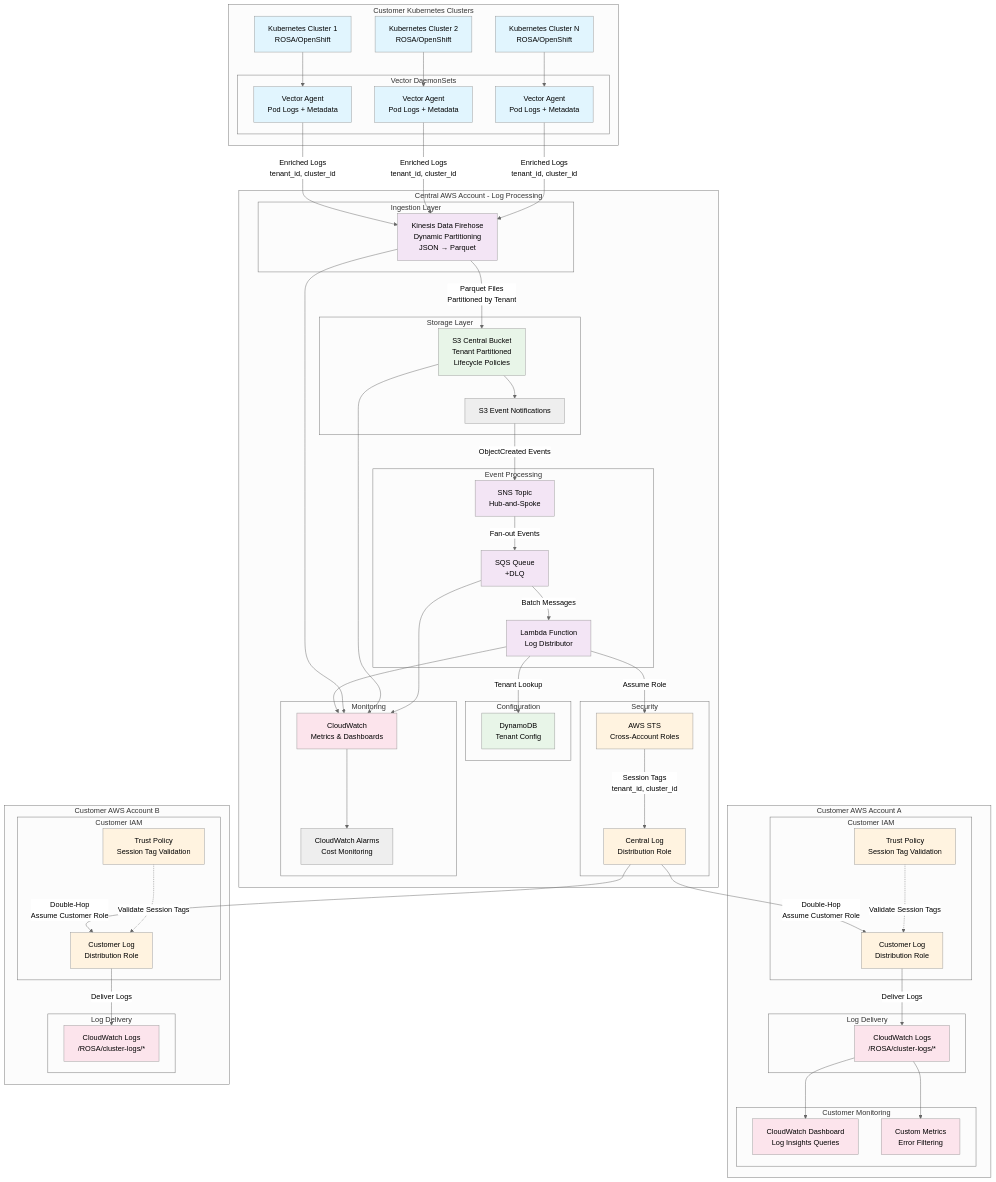
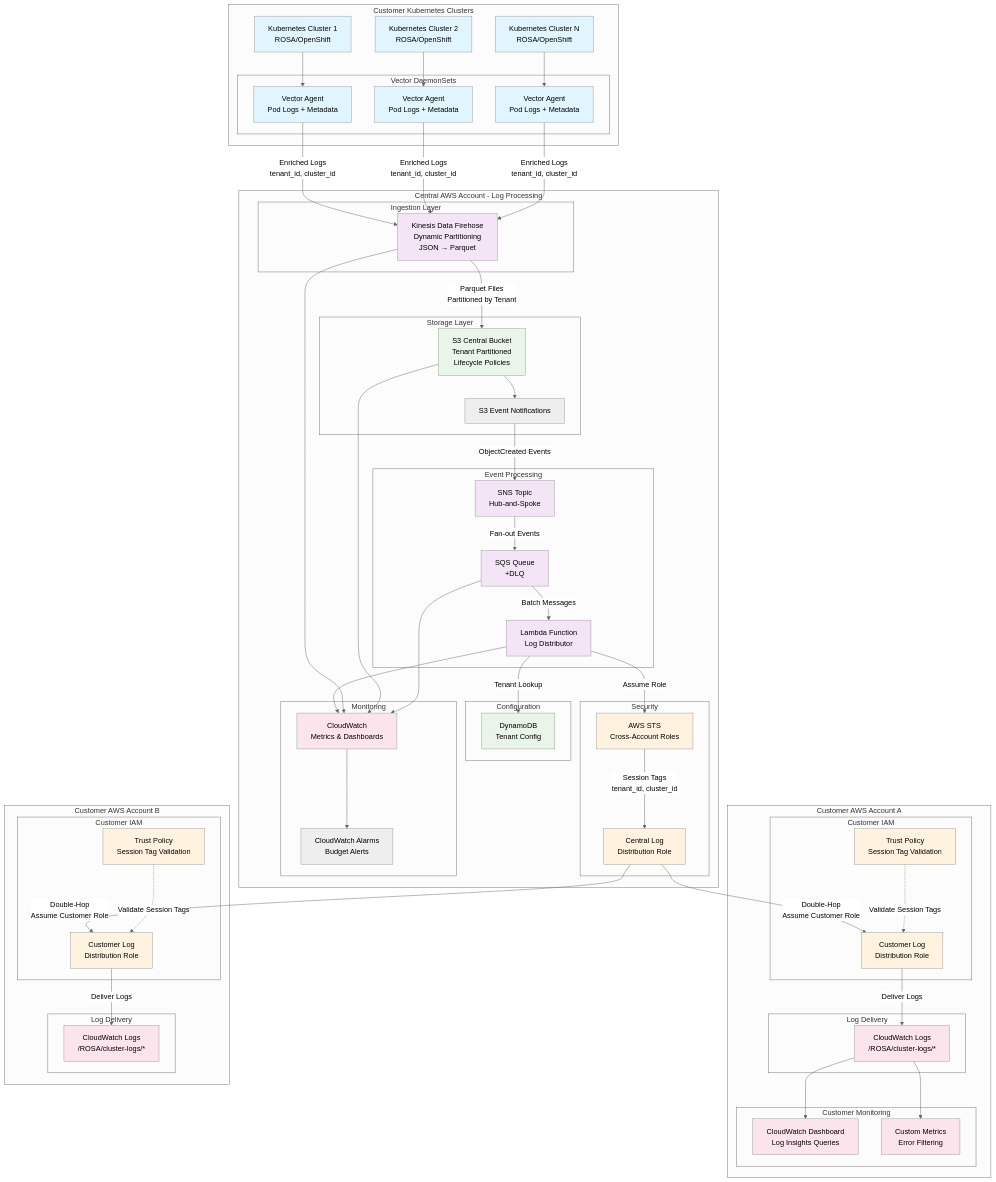
Before and after one commit to openshift-online/rosa-log-router: the diagram in docs/README.md, drawn with Mermaid (neutral theme). The commit also changed other lines of this file and 7 other files, not shown here.

```diff
--- a/docs/README.md
+++ b/docs/README.md
@@ -60,7 +60,7 @@
         
         subgraph "Monitoring"
             CW[CloudWatch<br/>Metrics & Dashboards]
-            Alarms[CloudWatch Alarms<br/>Cost Monitoring]
+            Alarms[CloudWatch Alarms<br/>Budget Alerts]
         end
     end
 
```
